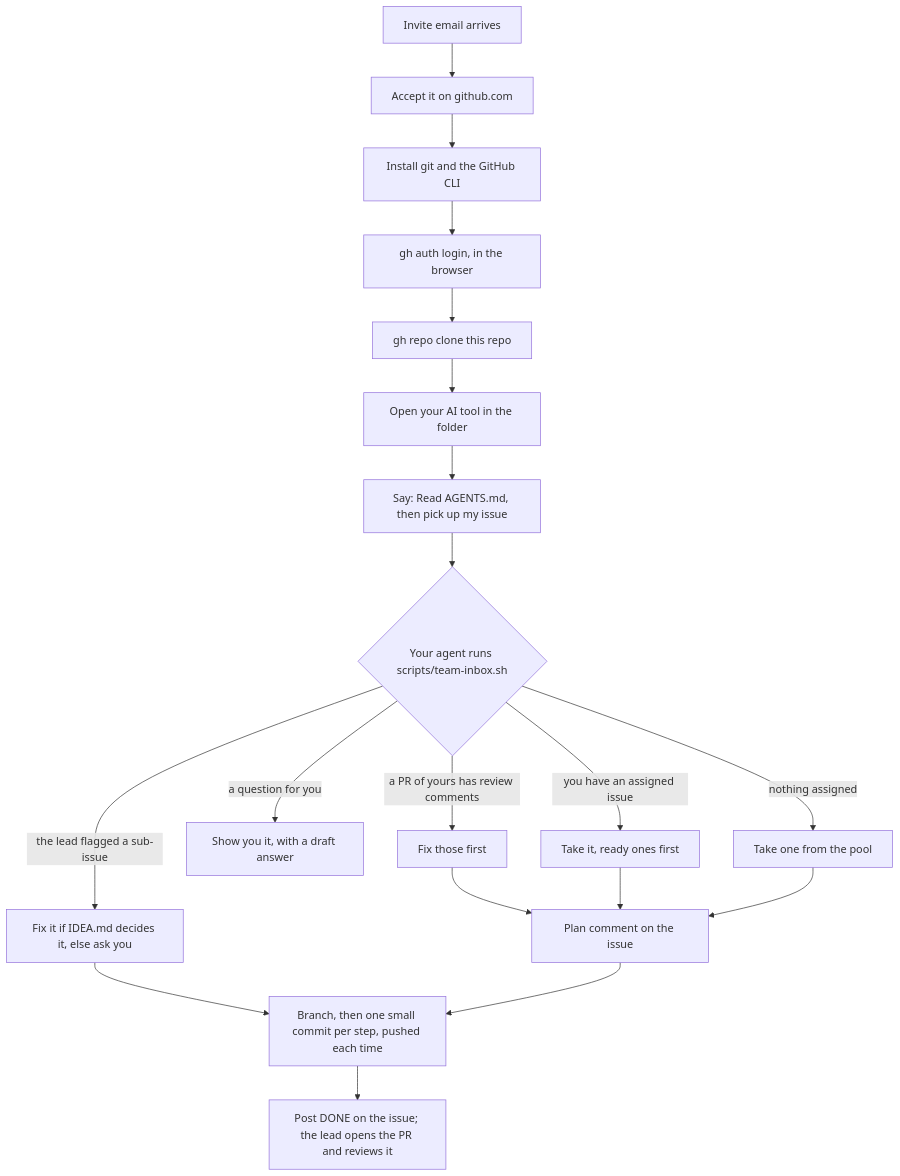
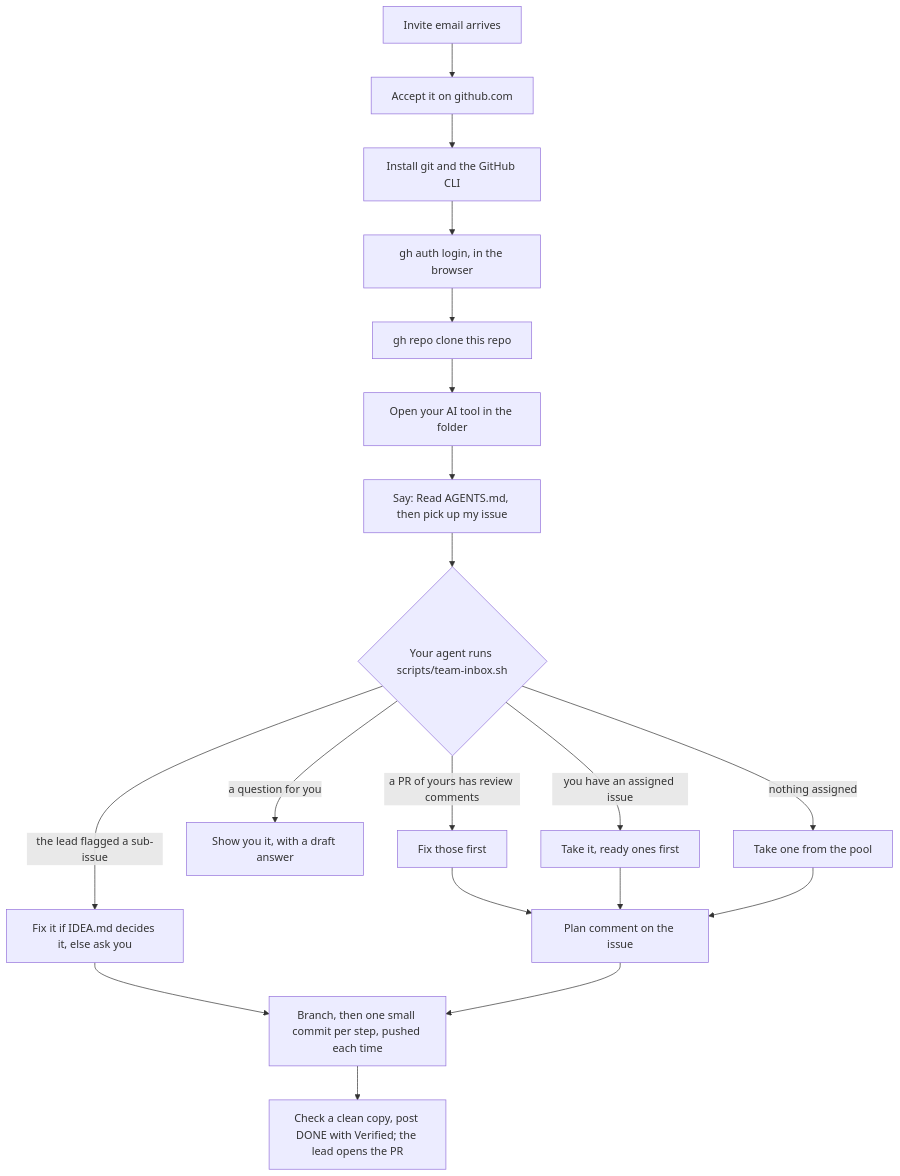
Before and after one commit to atiladeokegab/hackathon_teamwork: the third of 5 diagrams in README.md, drawn with Mermaid. The commit also changed other lines of this file and 5 other files, not shown here.

````diff
--- a/README.md
+++ b/README.md
@@ -80,21 +82,21 @@
 ```mermaid
 flowchart TB
     A["Invite email arrives"] --> B["Accept it on github.com"]
     B --> C["Install git and the GitHub CLI"]
     C --> D["gh auth login, in the browser"]
     D --> E["gh repo clone this repo"]
     E --> F["Open your AI tool in the folder"]
     F --> G["Say: Read AGENTS.md, then pick up my issue"]
     G --> H{"Your agent runs scripts/team-inbox.sh"}
     H -- "a PR of yours has review comments" --> I["Fix those first"]
     H -- "the lead flagged a sub-issue" --> FL["Fix it if IDEA.md decides it, else ask you"]
     H -- "a question for you" --> Q["Show you it, with a draft answer"]
     H -- "you have an assigned issue" --> J["Take it, ready ones first"]
     H -- "nothing assigned" --> K["Take one from the pool"]
     I --> L["Plan comment on the issue"]
     J --> L
     K --> L
     FL --> M
     L --> M["Branch, then one small commit per step, pushed each time"]
-    M --> N["Post DONE on the issue; the lead opens the PR and reviews it"]
+    M --> N["Check a clean copy, post DONE with Verified; the lead opens the PR"]
 ```
````
